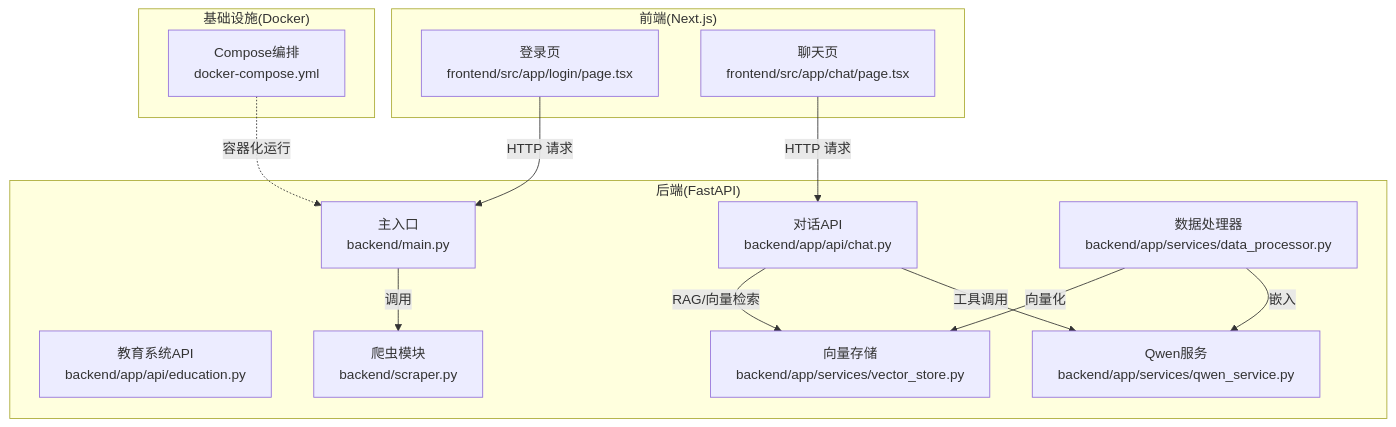
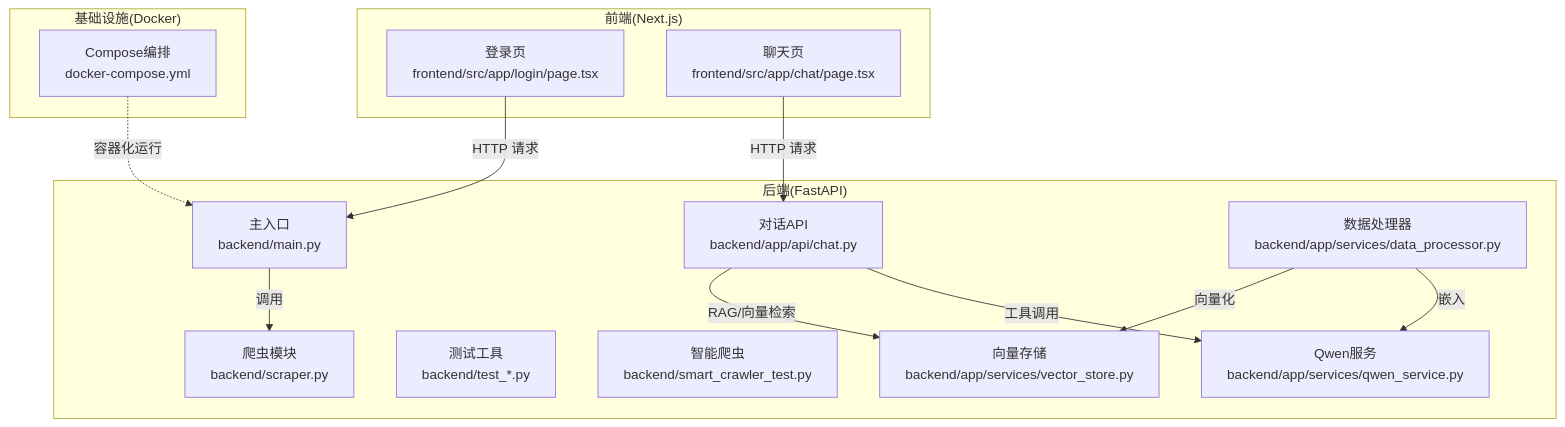
The first of 7 diagrams in .qoder/repowiki/zh/content/开发指南/调试工具/调试工具.md (ghbbn053-ship-itsoulddog/soulddog), drawn with Mermaid before and after one commit. The commit also changed other lines of this file and 6 other files, not shown here.

````diff
--- a/.qoder/repowiki/zh/content/开发指南/调试工具/调试工具.md
+++ b/.qoder/repowiki/zh/content/开发指南/调试工具/调试工具.md
@@ -52,27 +59,28 @@
 ```mermaid
 graph TB
 subgraph "前端(Next.js)"
 FE_Login["登录页<br/>frontend/src/app/login/page.tsx"]
 FE_Chat["聊天页<br/>frontend/src/app/chat/page.tsx"]
 end
 subgraph "后端(FastAPI)"
 BE_Main["主入口<br/>backend/main.py"]
 BE_Chat["对话API<br/>backend/app/api/chat.py"]
-BE_Edu["教育系统API<br/>backend/app/api/education.py"]
 BE_Scraper["爬虫模块<br/>backend/scraper.py"]
+BE_Test["测试工具<br/>backend/test_*.py"]
+BE_Smart["智能爬虫<br/>backend/smart_crawler_test.py"]
 BE_Qwen["Qwen服务<br/>backend/app/services/qwen_service.py"]
 BE_Vector["向量存储<br/>backend/app/services/vector_store.py"]
 BE_Processor["数据处理器<br/>backend/app/services/data_processor.py"]
 end
 subgraph "基础设施(Docker)"
 DC["Compose编排<br/>docker-compose.yml"]
 end
 FE_Login --> |"HTTP 请求"| BE_Main
 FE_Chat --> |"HTTP 请求"| BE_Chat
 BE_Main --> |"调用"| BE_Scraper
 BE_Chat --> |"RAG/向量检索"| BE_Vector
 BE_Chat --> |"工具调用"| BE_Qwen
 BE_Processor --> |"向量化"| BE_Vector
 BE_Processor --> |"嵌入"| BE_Qwen
 DC -.->|"容器化运行"| BE_Main
 ```
````
